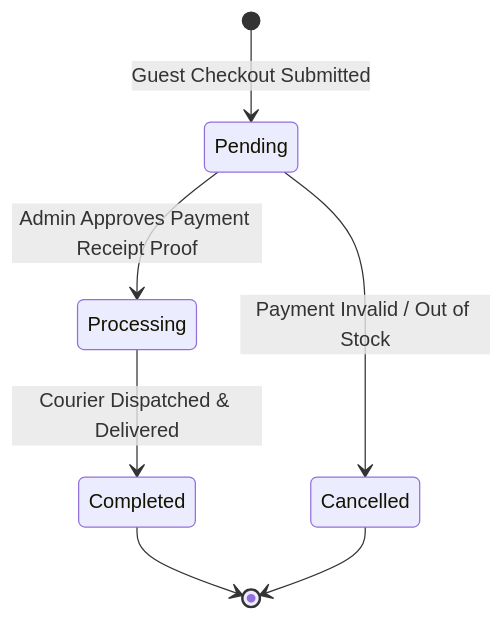
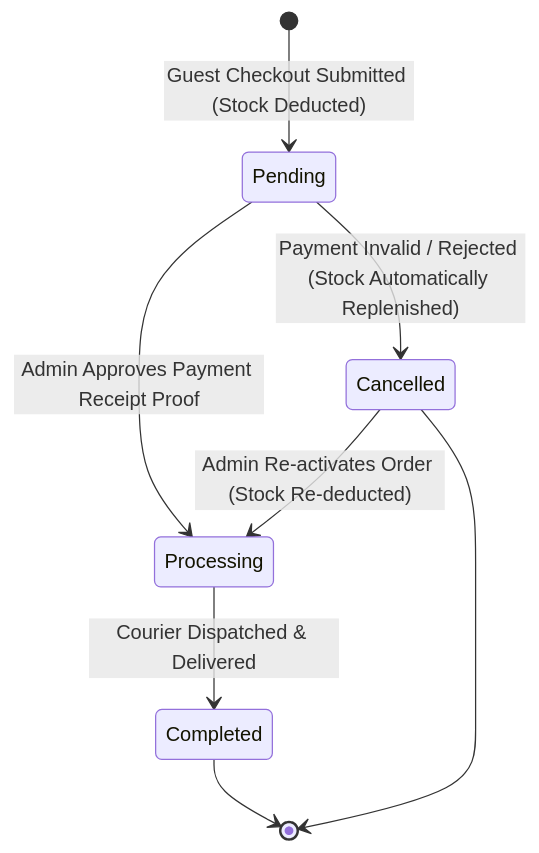
The third of 3 diagrams in docs/SYSTEM_FLOWCHART.md (aam19azmi/Mini-E-Commerce-and-Realtime-Dashboard), drawn with Mermaid before and after one commit. The commit also changed other lines of this file and 9 other files, not shown here.

Commit message:
feat: implement real-time admin dashboard, system architecture documentation, and mock data management utilities

````diff
--- a/docs/SYSTEM_FLOWCHART.md
+++ b/docs/SYSTEM_FLOWCHART.md
@@ -78,9 +79,10 @@
 ```mermaid
 stateDiagram-v2
-    [*] --> Pending: Guest Checkout Submitted
+    [*] --> Pending: Guest Checkout Submitted (Stock Deducted)
     Pending --> Processing: Admin Approves Payment Receipt Proof
-    Pending --> Cancelled: Payment Invalid / Out of Stock
+    Pending --> Cancelled: Payment Invalid / Rejected (Stock Automatically Replenished)
     Processing --> Completed: Courier Dispatched & Delivered
+    Cancelled --> Processing: Admin Re-activates Order (Stock Re-deducted)
     Completed --> [*]
     Cancelled --> [*]
 ```
````
